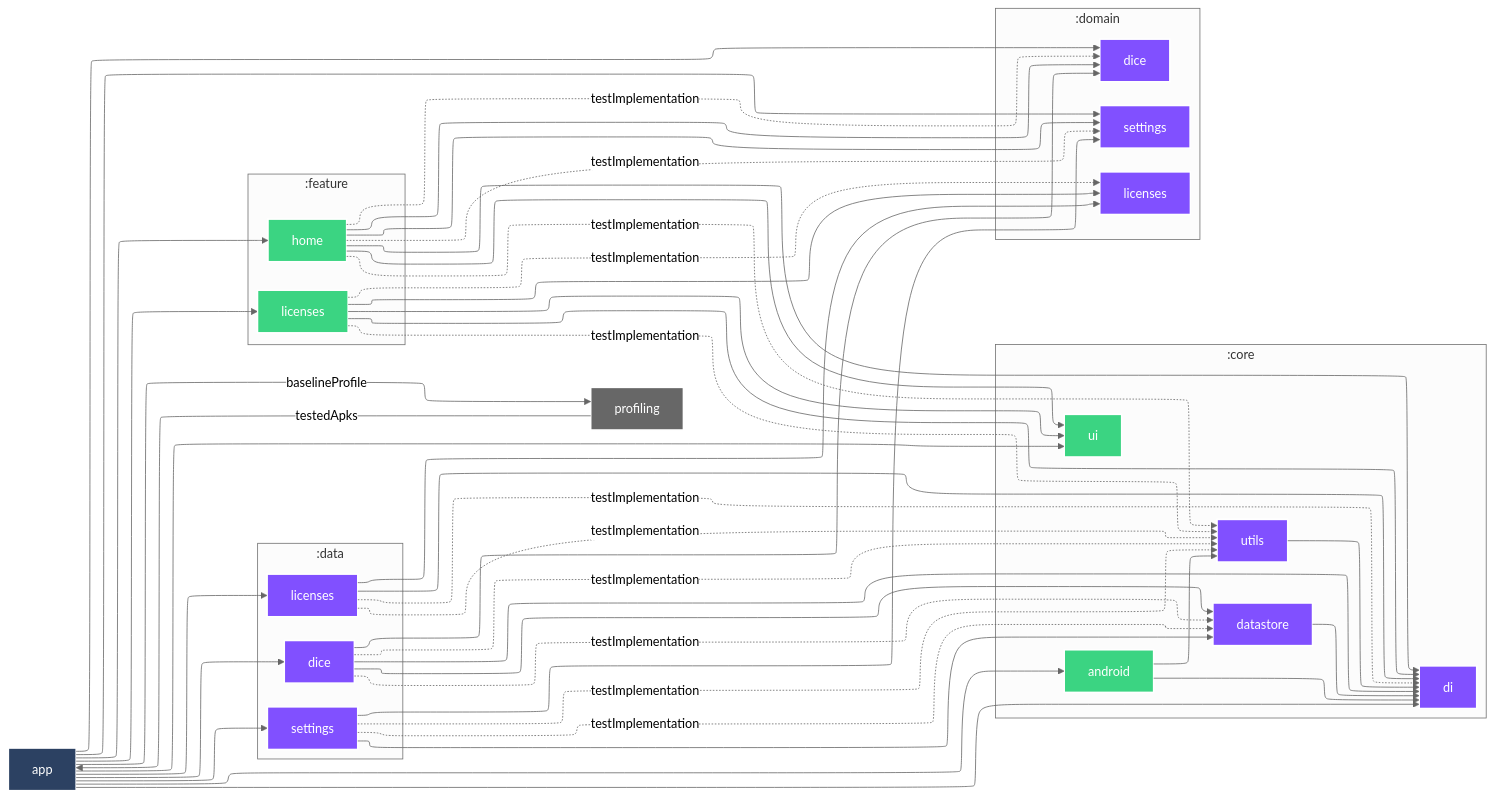
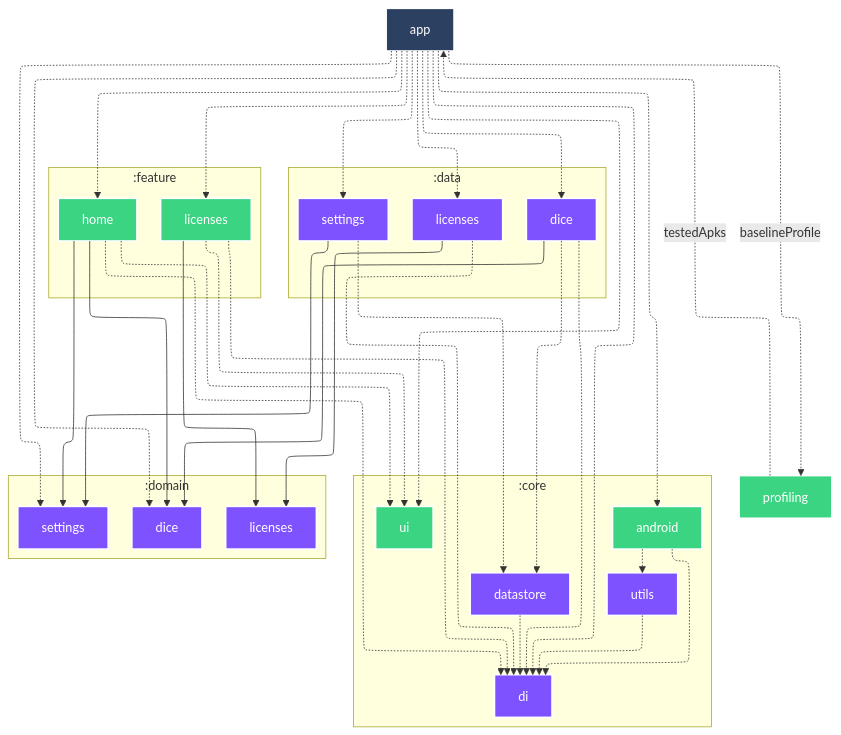
Before and after one commit to SimonMarquis/Android-Playground: the diagram in README.md, drawn with Mermaid. The commit also changed other lines of this file and 2 other files, not shown here.

Commit message:
✳️ Dependency graphs

````diff
--- a/README.md
+++ b/README.md
@@ -116,109 +117,67 @@
 ---
 config:
   layout: elk
-  theme: neutral
+  elk:
+    nodePlacementStrategy: SIMPLE
 ---
-
-graph LR
-  :profiling["profiling"]
-  :app["app"]
-  :app["app"]
-  :profiling["profiling"]
-  subgraph :data
-    :data:dice["dice"]
-    :data:dice["dice"]
-    :data:licenses["licenses"]
-    :data:settings["settings"]
-    :data:licenses["licenses"]
-    :data:settings["settings"]
-  end
+graph TB
   subgraph :core
-    :core:datastore["datastore"]
-    :core:di["di"]
-    :core:datastore["datastore"]
-    :core:utils["utils"]
-    :core:ui["ui"]
-    :core:android["android"]
-    :core:datastore["datastore"]
-    :core:di["di"]
-    :core:android["android"]
-    :core:utils["utils"]
-    :core:utils["utils"]
+    :core:android[android]:::android-library
+    :core:datastore[datastore]:::jvm
+    :core:di[di]:::jvm
+    :core:ui[ui]:::android-library
+    :core:utils[utils]:::jvm
   end
   subgraph :domain
-    :domain:dice["dice"]
-    :domain:licenses["licenses"]
-    :domain:licenses["licenses"]
-    :domain:settings["settings"]
-    :domain:dice["dice"]
-    :domain:settings["settings"]
+    :domain:dice[dice]:::jvm
+    :domain:licenses[licenses]:::jvm
+    :domain:settings[settings]:::jvm
+  end
+  subgraph :data
+    :data:dice[dice]:::jvm
+    :data:licenses[licenses]:::jvm
+    :data:settings[settings]:::jvm
   end
   subgraph :feature
-    :feature:licenses["licenses"]
-    :feature:home["home"]
-    :feature:licenses["licenses"]
-    :feature:home["home"]
+    :feature:home[home]:::android-library
+    :feature:licenses[licenses]:::android-library
   end
+  :profiling[profiling]:::android-test
+  :app[app]:::android-application
 
-  :data:dice --> :core:datastore
-  :data:dice --> :core:di
-  :data:dice --> :domain:dice
-  :data:dice -. testImplementation .-> :core:datastore
-  :data:dice -. testImplementation .-> :core:utils
-  :profiling -- testedApks --> :app
-  :feature:licenses --> :core:di
-  :feature:licenses --> :core:ui
-  :feature:licenses --> :domain:licenses
-  :feature:licenses -. testImplementation .-> :domain:licenses
-  :feature:licenses -. testImplementation .-> :core:utils
-  :app -- baselineProfile --> :profiling
-  :app --> :feature:home
-  :app --> :feature:licenses
-  :app --> :core:android
-  :app --> :core:di
-  :app --> :core:ui
-  :app --> :domain:dice
-  :app --> :domain:settings
-  :app --> :data:dice
-  :app --> :data:licenses
-  :app --> :data:settings
-  :core:datastore --> :core:di
-  :data:licenses --> :core:di
-  :data:licenses --> :domain:licenses
-  :data:licenses -. testImplementation .-> :core:di
-  :data:licenses -. testImplementation .-> :core:utils
-  :feature:home --> :core:di
-  :feature:home --> :core:ui
-  :feature:home --> :domain:dice
-  :feature:home --> :domain:settings
-  :feature:home -. testImplementation .-> :core:utils
-  :feature:home -. testImplementation .-> :domain:dice
-  :feature:home -. testImplementation .-> :domain:settings
-  :data:settings --> :core:datastore
-  :data:settings --> :domain:settings
-  :data:settings -. testImplementation .-> :core:datastore
-  :data:settings -. testImplementation .-> :core:utils
-  :core:android --> :core:di
-  :core:android --> :core:utils
-  :core:utils --> :core:di
+  :app -.-> :core:android
+  :app -.-> :core:di
+  :app -.-> :core:ui
+  :app -.-> :data:dice
+  :app -.-> :data:licenses
+  :app -.-> :data:settings
+  :app -.-> :domain:dice
+  :app -.-> :domain:settings
+  :app -.-> :feature:home
+  :app -.-> :feature:licenses
+  :app -.->|baselineProfile| :profiling
+  :core:android -.-> :core:di
+  :core:android -.-> :core:utils
+  :core:datastore -.-> :core:di
+  :core:utils -.-> :core:di
+  :data:dice -.-> :core:datastore
+  :data:dice -.-> :core:di
+  :data:dice ---> :domain:dice
+  :data:licenses -.-> :core:di
+  :data:licenses ---> :domain:licenses
+  :data:settings -.-> :core:datastore
+  :data:settings ---> :domain:settings
+  :feature:home -.-> :core:di
+  :feature:home -.-> :core:ui
+  :feature:home ---> :domain:dice
+  :feature:home ---> :domain:settings
+  :feature:licenses -.-> :core:di
+  :feature:licenses -.-> :core:ui
+  :feature:licenses ---> :domain:licenses
+  :profiling -.->|testedApks| :app
 
-  classDef kotlin-jvm fill:#8150FF,stroke:#fff,stroke-width:2px,color:#fff;
-  classDef unknown fill:#676767,stroke:#fff,stroke-width:2px,color:#fff;
-  classDef android-application fill:#2C4162,stroke:#fff,stroke-width:2px,color:#fff;
-  classDef android-library fill:#3BD482,stroke:#fff,stroke-width:2px,color:#fff;
-  class :data:dice kotlin-jvm
-  class :core:datastore kotlin-jvm
-  class :core:di kotlin-jvm
-  class :domain:dice kotlin-jvm
-  class :core:utils kotlin-jvm
-  class :profiling unknown
-  class :app android-application
-  class :feature:licenses android-library
-  class :core:ui android-library
-  class :domain:licenses kotlin-jvm
-  class :feature:home android-library
-  class :core:android android-library
-  class :domain:settings kotlin-jvm
-  class :data:licenses kotlin-jvm
-  class :data:settings kotlin-jvm
+classDef android-application fill:#2C4162,stroke:#fff,stroke-width:2px,color:#fff;
+classDef android-library fill:#3BD482,stroke:#fff,stroke-width:2px,color:#fff;
+classDef android-test fill:#3BD482,stroke:#fff,stroke-width:2px,color:#fff;
+classDef jvm fill:#7F52FF,stroke:#fff,stroke-width:2px,color:#fff;
 ```
````
